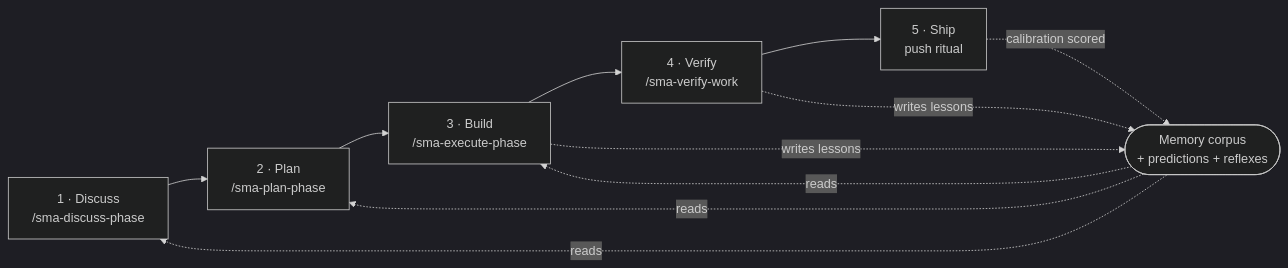
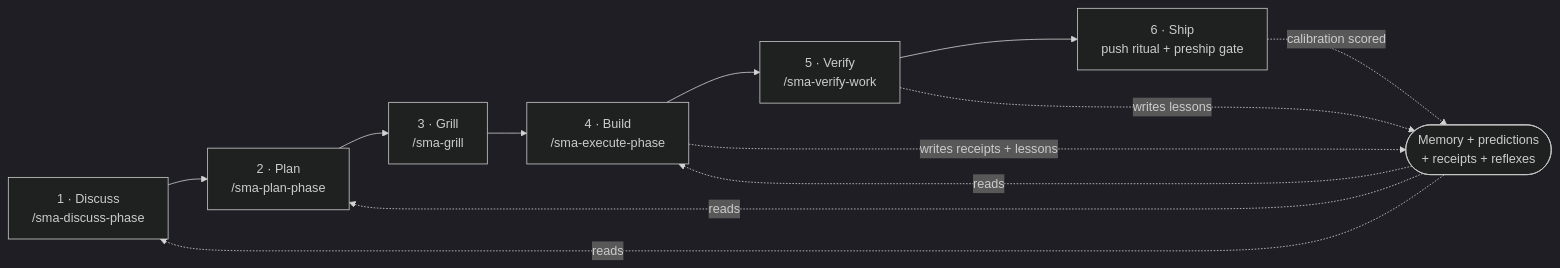
Diagram 13 of 16 in README.md (sma-framework/sma), drawn with Mermaid (dark theme) before and after one commit. The commit also changed other lines of this file and 98 other files, not shown here.

````diff
--- a/README.md
+++ b/README.md
@@ -216,13 +438,14 @@
 ```mermaid
 flowchart LR
     D["1 · Discuss<br>/sma-discuss-phase"] --> P["2 · Plan<br>/sma-plan-phase"]
-    P --> B["3 · Build<br>/sma-execute-phase"]
-    B --> V["4 · Verify<br>/sma-verify-work"]
-    V --> S["5 · Ship<br>push ritual"]
-    M(["Memory corpus<br>+ predictions + reflexes"]) -.->|reads| D
+    P --> G["3 · Grill<br>/sma-grill"]
+    G --> B["4 · Build<br>/sma-execute-phase"]
+    B --> V["5 · Verify<br>/sma-verify-work"]
+    V --> S["6 · Ship<br>push ritual + preship gate"]
+    M(["Memory + predictions<br>+ receipts + reflexes"]) -.->|reads| D
     M -.->|reads| P
     M -.->|reads| B
-    B -.->|writes lessons| M
+    B -.->|writes receipts + lessons| M
     V -.->|writes lessons| M
     S -.->|calibration scored| M
 ```
````
